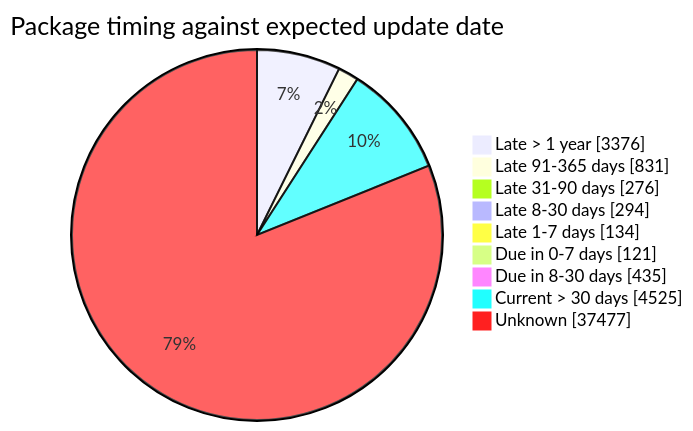
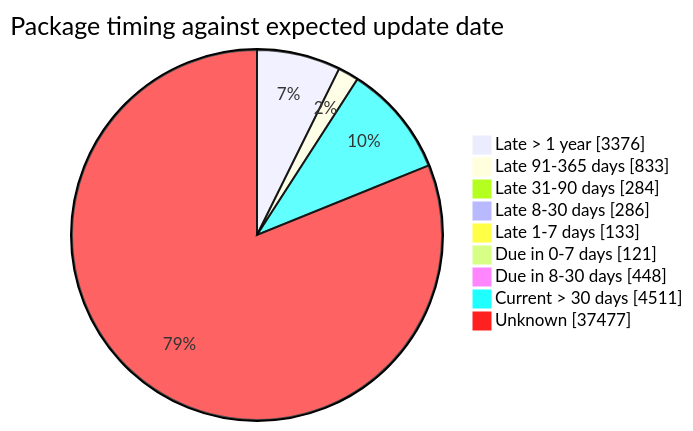
One commit to open-data/analytics-corporate-reporting changed the fourth of 5 diagrams in FreshCheck/README.md. Above: the diagram before and after it, drawn with Mermaid. The commit also changed other lines of this file and 3 other files, not shown here.

````diff
--- a/FreshCheck/README.md
+++ b/FreshCheck/README.md
@@ -87,12 +87,12 @@
 ```mermaid
 pie showData title Package timing against expected update date
     "Late > 1 year": 3376
-    "Late 91-365 days": 831
-    "Late 31-90 days": 276
-    "Late 8-30 days": 294
-    "Late 1-7 days": 134
+    "Late 91-365 days": 833
+    "Late 31-90 days": 284
+    "Late 8-30 days": 286
+    "Late 1-7 days": 133
     "Due in 0-7 days": 121
-    "Due in 8-30 days": 435
-    "Current > 30 days": 4525
+    "Due in 8-30 days": 448
+    "Current > 30 days": 4511
     "Unknown": 37477
 ```
````
